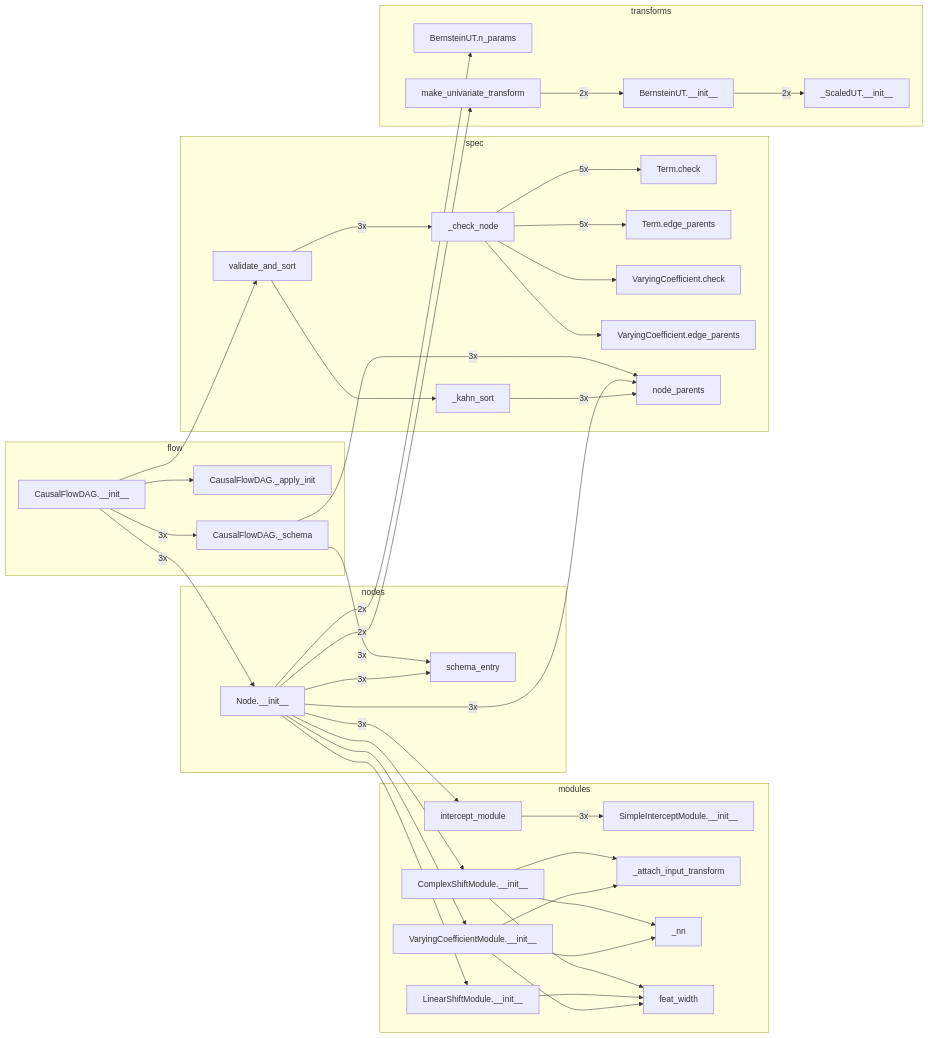
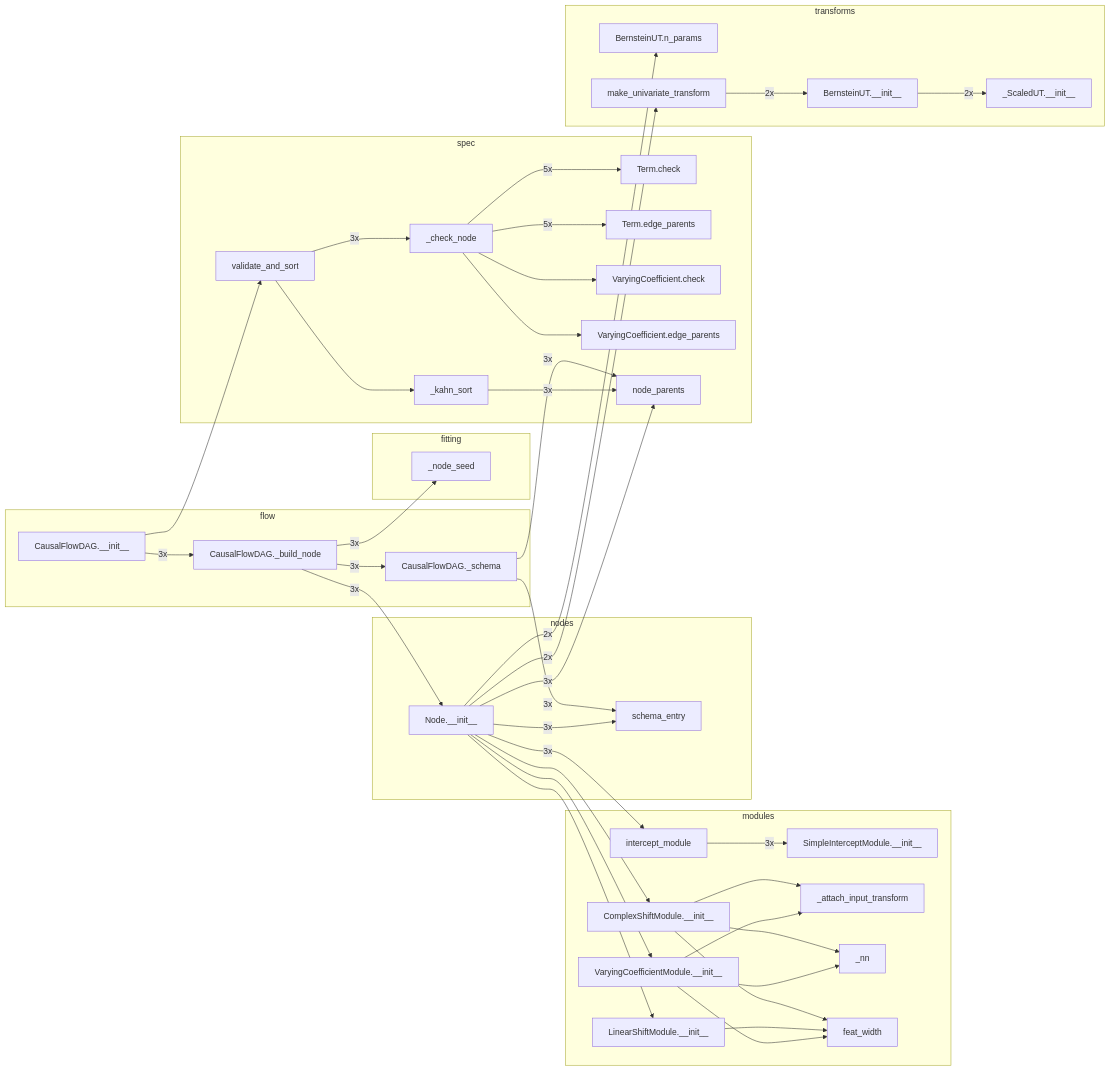
The fifth of 6 diagrams in docs/architecture.md (tensorchiefs/tramdag), drawn with Mermaid before and after one commit. The commit also changed other lines of this file and 1 other file, not shown here.

Commit message:
docs: regenerate the architecture diagrams
The refactors of this release moved the traced call graphs. The generator writes its headings with a colon, as the guides do.

````diff
--- a/docs/architecture.md
+++ b/docs/architecture.md
@@ -299,69 +300,73 @@
 ```mermaid
 flowchart LR
+  subgraph fitting
+    n3["_node_seed"]
+  end
   subgraph flow
     n0["CausalFlowDAG.__init__"]
-    n1["CausalFlowDAG._apply_init"]
-    n2["CausalFlowDAG._schema"]
+    n1["CausalFlowDAG._build_node"]
+    n4["CausalFlowDAG._schema"]
   end
   subgraph modules
-    n7["ComplexShiftModule.__init__"]
-    n11["LinearShiftModule.__init__"]
-    n14["SimpleInterceptModule.__init__"]
-    n12["VaryingCoefficientModule.__init__"]
-    n8["_attach_input_transform"]
-    n9["_nn"]
-    n10["feat_width"]
-    n13["intercept_module"]
+    n8["ComplexShiftModule.__init__"]
+    n12["LinearShiftModule.__init__"]
+    n15["SimpleInterceptModule.__init__"]
+    n13["VaryingCoefficientModule.__init__"]
+    n9["_attach_input_transform"]
+    n10["_nn"]
+    n11["feat_width"]
+    n14["intercept_module"]
   end
   subgraph nodes
-    n3["Node.__init__"]
-    n5["schema_entry"]
+    n5["Node.__init__"]
+    n6["schema_entry"]
   end
   subgraph spec
-    n18["Term.check"]
-    n19["Term.edge_parents"]
-    n20["VaryingCoefficient.check"]
-    n21["VaryingCoefficient.edge_parents"]
-    n17["_check_node"]
-    n22["_kahn_sort"]
-    n6["node_parents"]
-    n4["validate_and_sort"]
+    n19["Term.check"]
+    n20["Term.edge_parents"]
+    n21["VaryingCoefficient.check"]
+    n22["VaryingCoefficient.edge_parents"]
+    n18["_check_node"]
+    n23["_kahn_sort"]
+    n7["node_parents"]
+    n2["validate_and_sort"]
   end
   subgraph transforms
-    n23["BernsteinUT.__init__"]
-    n15["BernsteinUT.n_params"]
-    n24["_ScaledUT.__init__"]
-    n16["make_univariate_transform"]
+    n24["BernsteinUT.__init__"]
+    n16["BernsteinUT.n_params"]
+    n25["_ScaledUT.__init__"]
+    n17["make_univariate_transform"]
   end
-    n0 --> n1
-    n0 -- "3x" --> n2
-    n0 -- "3x" --> n3
-    n0 --> n4
-    n2 -- "3x" --> n5
-    n2 -- "3x" --> n6
-    n7 --> n8
-    n7 --> n9
-    n7 --> n10
-    n11 --> n10
-    n12 --> n8
-    n12 --> n9
-    n12 --> n10
-    n13 -- "3x" --> n14
-    n3 --> n7
-    n3 --> n11
-    n3 --> n12
-    n3 -- "3x" --> n13
-    n3 -- "3x" --> n5
-    n3 -- "3x" --> n6
-    n3 -- "2x" --> n15
-    n3 -- "2x" --> n16
-    n17 -- "5x" --> n18
-    n17 -- "5x" --> n19
-    n17 --> n20
-    n17 --> n21
-    n22 -- "3x" --> n6
-    n4 -- "3x" --> n17
-    n4 --> n22
-    n23 -- "2x" --> n24
-    n16 -- "2x" --> n23
+    n0 -- "3x" --> n1
+    n0 --> n2
+    n1 -- "3x" --> n3
+    n1 -- "3x" --> n4
+    n1 -- "3x" --> n5
+    n4 -- "3x" --> n6
+    n4 -- "3x" --> n7
+    n8 --> n9
+    n8 --> n10
+    n8 --> n11
+    n12 --> n11
+    n13 --> n9
+    n13 --> n10
+    n13 --> n11
+    n14 -- "3x" --> n15
+    n5 --> n8
+    n5 --> n12
+    n5 --> n13
+    n5 -- "3x" --> n14
+    n5 -- "3x" --> n6
+    n5 -- "3x" --> n7
+    n5 -- "2x" --> n16
+    n5 -- "2x" --> n17
+    n18 -- "5x" --> n19
+    n18 -- "5x" --> n20
+    n18 --> n21
+    n18 --> n22
+    n23 -- "3x" --> n7
+    n2 -- "3x" --> n18
+    n2 --> n23
+    n24 -- "2x" --> n25
+    n17 -- "2x" --> n24
 ```
````
